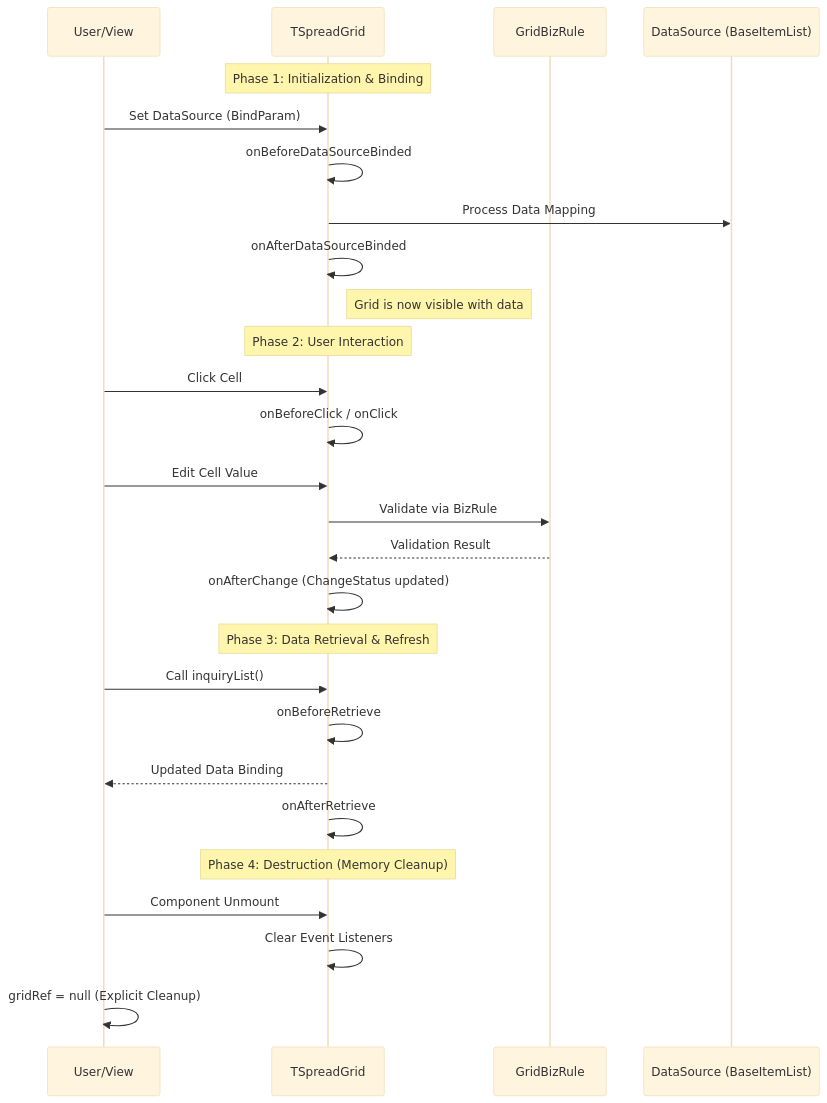
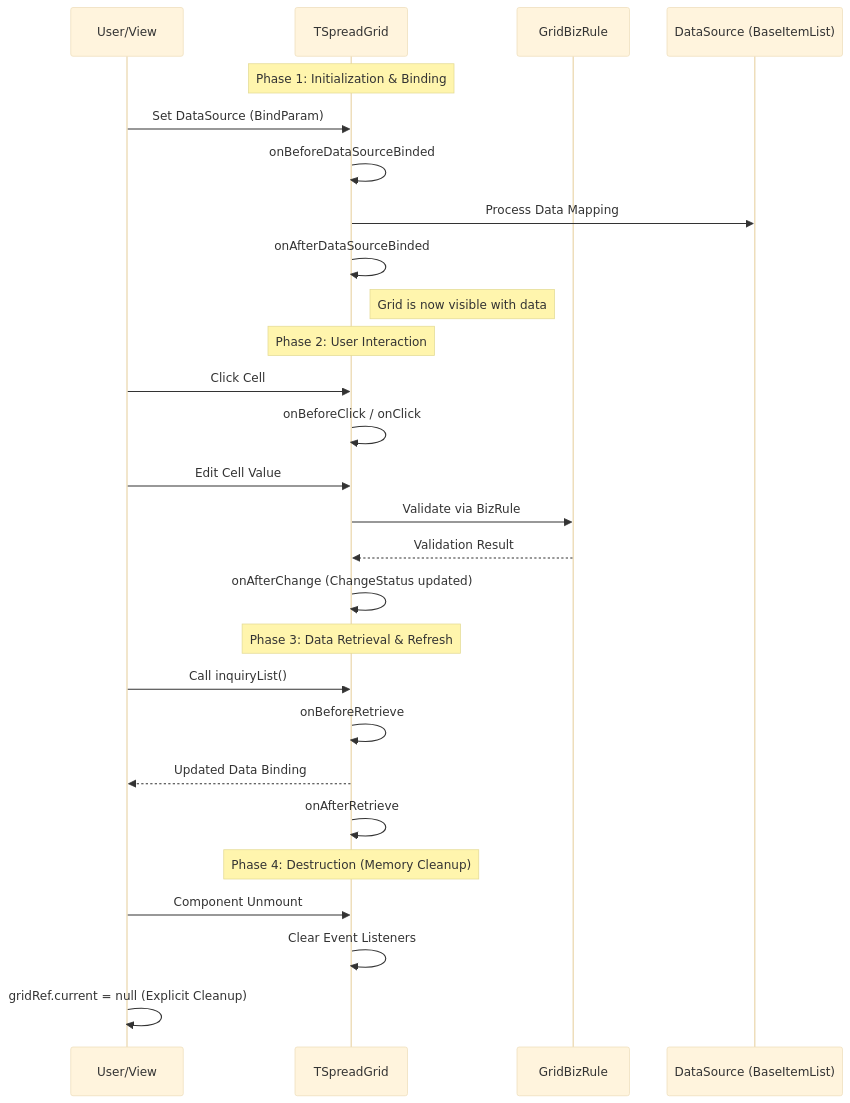
One commit to dracial6/fontos-frontend-guide-asset changed the second of 4 diagrams in README.md. Above: the diagram before and after it, drawn with Mermaid (base theme). The commit also changed other lines of this file, not shown here.

````diff
--- a/README.md
+++ b/README.md
@@ -3528,33 +3536,33 @@
 ```mermaid
 sequenceDiagram
     participant U as User/View
     participant G as TSpreadGrid
     participant B as GridBizRule
     participant D as DataSource (BaseItemList)
 
     Note over G: Phase 1: Initialization & Binding
     U->>G: Set DataSource (BindParam)
     G->>G: onBeforeDataSourceBinded
     G->>D: Process Data Mapping
     G->>G: onAfterDataSourceBinded
     Note right of G: Grid is now visible with data
 
     Note over G: Phase 2: User Interaction
     U->>G: Click Cell
     G->>G: onBeforeClick / onClick
     U->>G: Edit Cell Value
     G->>B: Validate via BizRule
     B-->>G: Validation Result
     G->>G: onAfterChange (ChangeStatus updated)
 
     Note over G: Phase 3: Data Retrieval & Refresh
     U->>G: Call inquiryList()
     G->>G: onBeforeRetrieve
     G-->>U: Updated Data Binding
     G->>G: onAfterRetrieve
 
     Note over G: Phase 4: Destruction (Memory Cleanup)
     U->>G: Component Unmount
     G->>G: Clear Event Listeners
-    U->>U: gridRef = null (Explicit Cleanup)
+    U->>U: gridRef.current = null (Explicit Cleanup)
 ```
````
